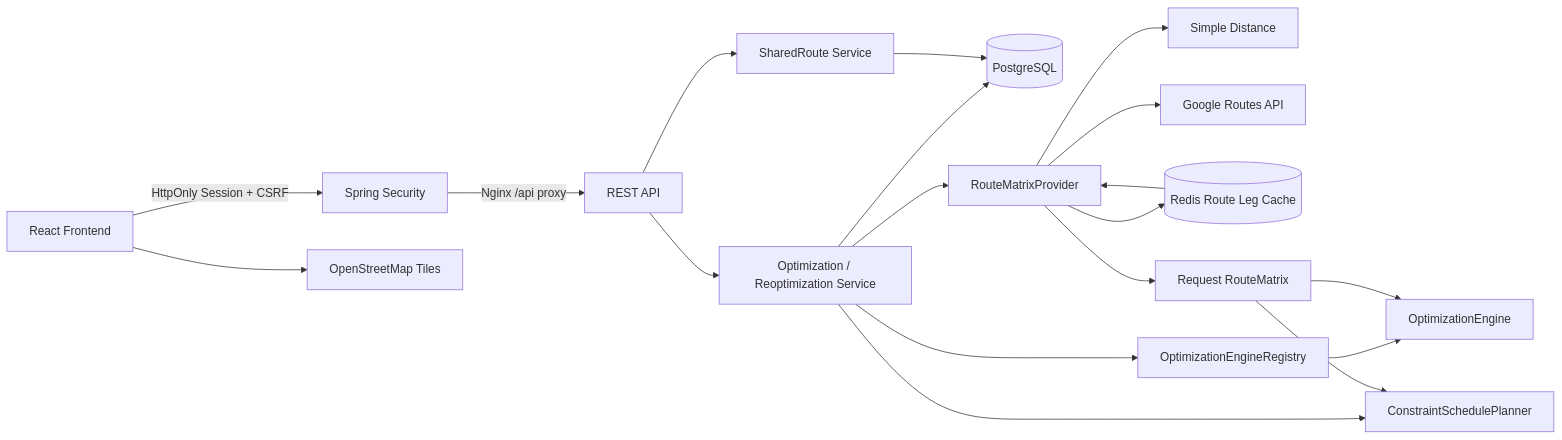
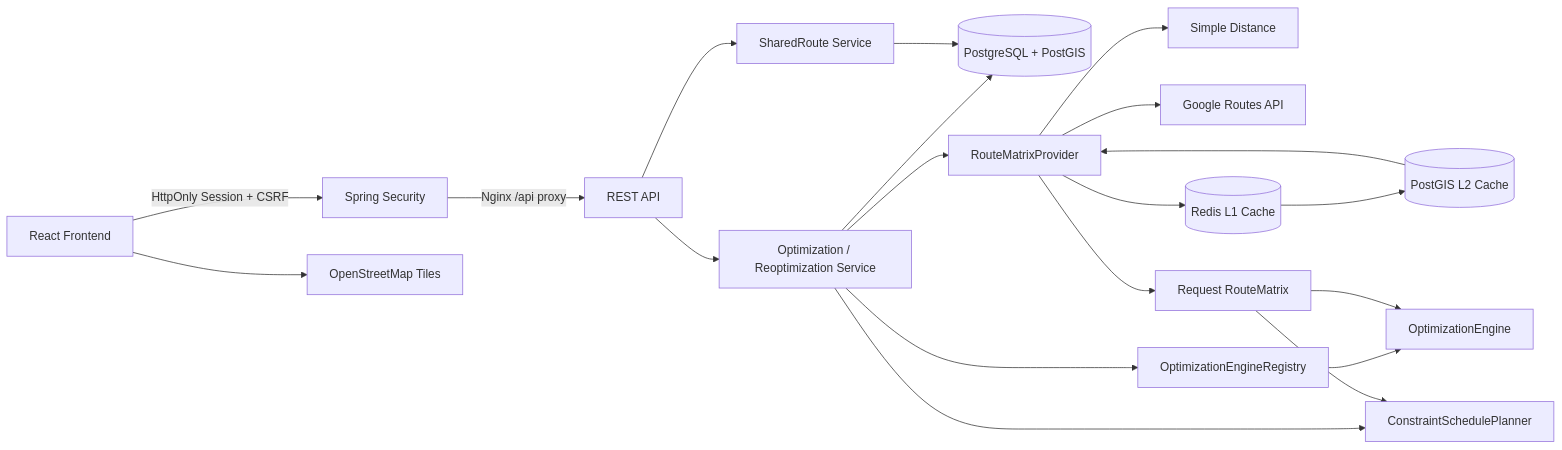
One commit to sungjuun/RoutePlan changed the first of 2 diagrams in README.md. Above: the diagram before and after it, drawn with Mermaid. The commit also changed other lines of this file and 55 other files, not shown here.

````diff
--- a/README.md
+++ b/README.md
@@ -245,21 +251,22 @@
 ```mermaid
 flowchart LR
     WEB[React Frontend] -->|HttpOnly Session + CSRF| SECURITY[Spring Security]
     SECURITY -->|Nginx /api proxy| API[REST API]
     WEB --> OSM[OpenStreetMap Tiles]
     API --> APP[Optimization / Reoptimization Service]
     API --> COMMUNITY[SharedRoute Service]
-    APP --> DB[(PostgreSQL)]
+    APP --> DB[(PostgreSQL + PostGIS)]
     COMMUNITY --> DB
     APP --> MATRIX[RouteMatrixProvider]
     MATRIX --> SIMPLE[Simple Distance]
     MATRIX --> GOOGLE[Google Routes API]
-    MATRIX --> CACHE[(Redis Route Leg Cache)]
-    CACHE --> MATRIX
+    MATRIX --> L1[(Redis L1 Cache)]
+    L1 --> L2[(PostGIS L2 Cache)]
+    L2 --> MATRIX
     APP --> REGISTRY[OptimizationEngineRegistry]
     REGISTRY --> ENGINE[OptimizationEngine]
     MATRIX --> ROUTE[Request RouteMatrix]
     ROUTE --> ENGINE
     APP --> PLANNER[ConstraintSchedulePlanner]
     ROUTE --> PLANNER
 ```
````
